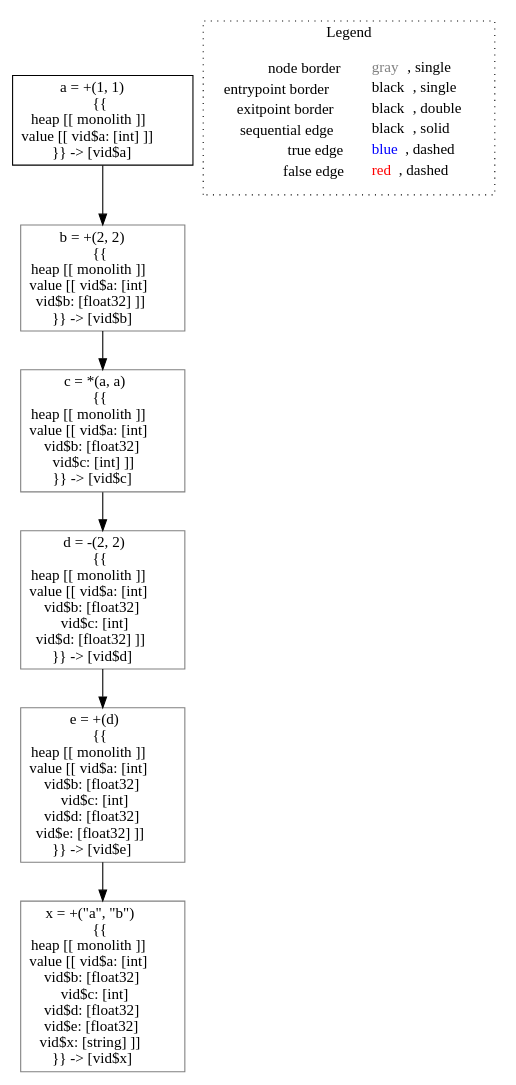
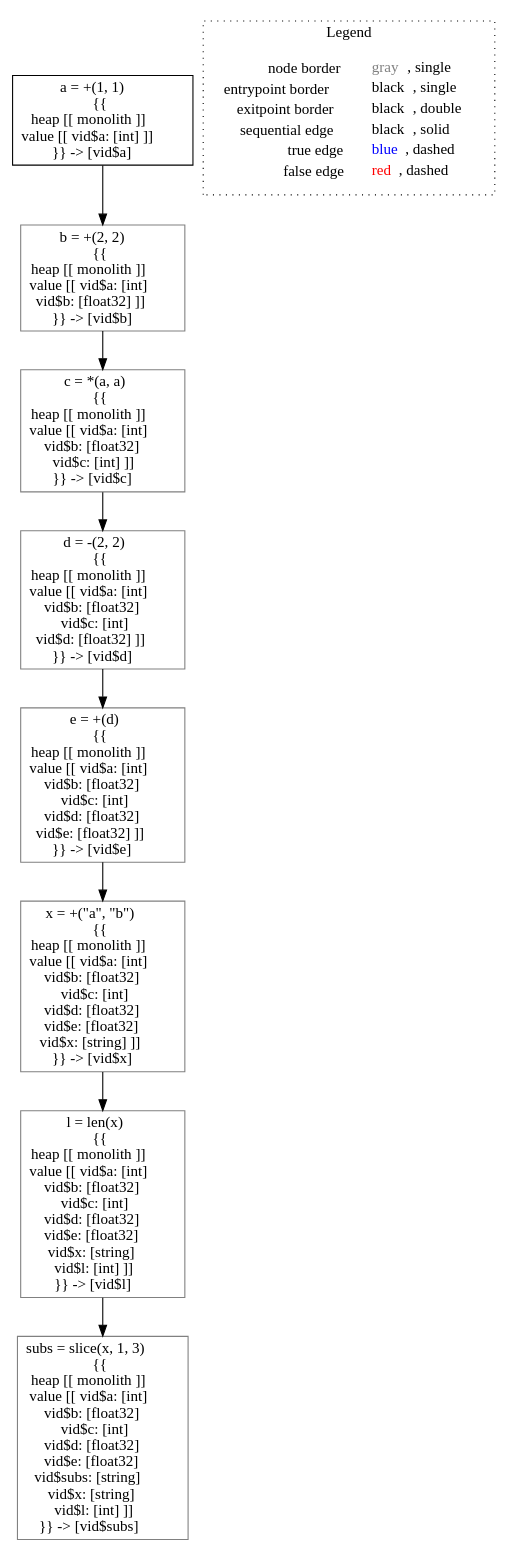
One commit to lisa-analyzer/go-lisa changed the diagram in go-lisa/test-outputs/typing/typing___int_simpleTyping().dot. Above: the diagram before and after it, drawn with Graphviz. The commit also changed 4 other files, not shown here.

```diff
--- a/go-lisa/test-outputs/typing/typing___int_simpleTyping().dot
+++ b/go-lisa/test-outputs/typing/typing___int_simpleTyping().dot
@@ -1,20 +1,24 @@
 digraph {
 	"node0" [shape="rect",color="black",label=<a = +(1, 1)<BR/>{{<BR/>heap [[ monolith ]]<BR/>value [[ vid$a: [int] ]]<BR/>}} -&gt; [vid$a]>];
-	"node1" [shape="rect",color="gray",label=<x = +(&quot;a&quot;, &quot;b&quot;)<BR/>{{<BR/>heap [[ monolith ]]<BR/>value [[ vid$a: [int]<BR/>vid$b: [float32]<BR/>vid$c: [int]<BR/>vid$d: [float32]<BR/>vid$e: [float32]<BR/>vid$x: [string] ]]<BR/>}} -&gt; [vid$x]>];
-	"node2" [shape="rect",color="gray",label=<b = +(2, 2)<BR/>{{<BR/>heap [[ monolith ]]<BR/>value [[ vid$a: [int]<BR/>vid$b: [float32] ]]<BR/>}} -&gt; [vid$b]>];
-	"node3" [shape="rect",color="gray",label=<d = -(2, 2)<BR/>{{<BR/>heap [[ monolith ]]<BR/>value [[ vid$a: [int]<BR/>vid$b: [float32]<BR/>vid$c: [int]<BR/>vid$d: [float32] ]]<BR/>}} -&gt; [vid$d]>];
-	"node4" [shape="rect",color="gray",label=<e = +(d)<BR/>{{<BR/>heap [[ monolith ]]<BR/>value [[ vid$a: [int]<BR/>vid$b: [float32]<BR/>vid$c: [int]<BR/>vid$d: [float32]<BR/>vid$e: [float32] ]]<BR/>}} -&gt; [vid$e]>];
-	"node5" [shape="rect",color="gray",label=<c = *(a, a)<BR/>{{<BR/>heap [[ monolith ]]<BR/>value [[ vid$a: [int]<BR/>vid$b: [float32]<BR/>vid$c: [int] ]]<BR/>}} -&gt; [vid$c]>];
-	"node2" -> "node5" [color="black"];
+	"node1" [shape="rect",color="gray",label=<e = +(d)<BR/>{{<BR/>heap [[ monolith ]]<BR/>value [[ vid$a: [int]<BR/>vid$b: [float32]<BR/>vid$c: [int]<BR/>vid$d: [float32]<BR/>vid$e: [float32] ]]<BR/>}} -&gt; [vid$e]>];
+	"node2" [shape="rect",color="gray",label=<d = -(2, 2)<BR/>{{<BR/>heap [[ monolith ]]<BR/>value [[ vid$a: [int]<BR/>vid$b: [float32]<BR/>vid$c: [int]<BR/>vid$d: [float32] ]]<BR/>}} -&gt; [vid$d]>];
+	"node3" [shape="rect",color="gray",label=<x = +(&quot;a&quot;, &quot;b&quot;)<BR/>{{<BR/>heap [[ monolith ]]<BR/>value [[ vid$a: [int]<BR/>vid$b: [float32]<BR/>vid$c: [int]<BR/>vid$d: [float32]<BR/>vid$e: [float32]<BR/>vid$x: [string] ]]<BR/>}} -&gt; [vid$x]>];
+	"node4" [shape="rect",color="gray",label=<l = len(x)<BR/>{{<BR/>heap [[ monolith ]]<BR/>value [[ vid$a: [int]<BR/>vid$b: [float32]<BR/>vid$c: [int]<BR/>vid$d: [float32]<BR/>vid$e: [float32]<BR/>vid$x: [string]<BR/>vid$l: [int] ]]<BR/>}} -&gt; [vid$l]>];
+	"node5" [shape="rect",color="gray",label=<subs = slice(x, 1, 3)<BR/>{{<BR/>heap [[ monolith ]]<BR/>value [[ vid$a: [int]<BR/>vid$b: [float32]<BR/>vid$c: [int]<BR/>vid$d: [float32]<BR/>vid$e: [float32]<BR/>vid$subs: [string]<BR/>vid$x: [string]<BR/>vid$l: [int] ]]<BR/>}} -&gt; [vid$subs]>];
+	"node6" [shape="rect",color="gray",label=<b = +(2, 2)<BR/>{{<BR/>heap [[ monolith ]]<BR/>value [[ vid$a: [int]<BR/>vid$b: [float32] ]]<BR/>}} -&gt; [vid$b]>];
+	"node7" [shape="rect",color="gray",label=<c = *(a, a)<BR/>{{<BR/>heap [[ monolith ]]<BR/>value [[ vid$a: [int]<BR/>vid$b: [float32]<BR/>vid$c: [int] ]]<BR/>}} -&gt; [vid$c]>];
+	"node1" -> "node3" [color="black"];
+	"node2" -> "node1" [color="black"];
 	"node3" -> "node4" [color="black"];
-	"node0" -> "node2" [color="black"];
-	"node4" -> "node1" [color="black"];
-	"node5" -> "node3" [color="black"];
+	"node0" -> "node6" [color="black"];
+	"node4" -> "node5" [color="black"];
+	"node6" -> "node7" [color="black"];
+	"node7" -> "node2" [color="black"];
 subgraph cluster_legend {
 	label="Legend";
 	style=dotted;
 	node [shape=plaintext];
 	"legend" [label=<<table border="0" cellpadding="2" cellspacing="0" cellborder="0"><tr><td align="right">node border&nbsp;</td><td align="left"><font color="gray">gray</font>, single</td></tr><tr><td align="right">entrypoint border&nbsp;</td><td align="left"><font color="black">black</font>, single</td></tr><tr><td align="right">exitpoint border&nbsp;</td><td align="left"><font color="black">black</font>, double</td></tr><tr><td align="right">sequential edge&nbsp;</td><td align="left"><font color="black">black</font>, solid</td></tr><tr><td align="right">true edge&nbsp;</td><td align="left"><font color="blue">blue</font>, dashed</td></tr><tr><td align="right">false edge&nbsp;</td><td align="left"><font color="red">red</font>, dashed</td></tr></table>>];
 }
 
 }
```
